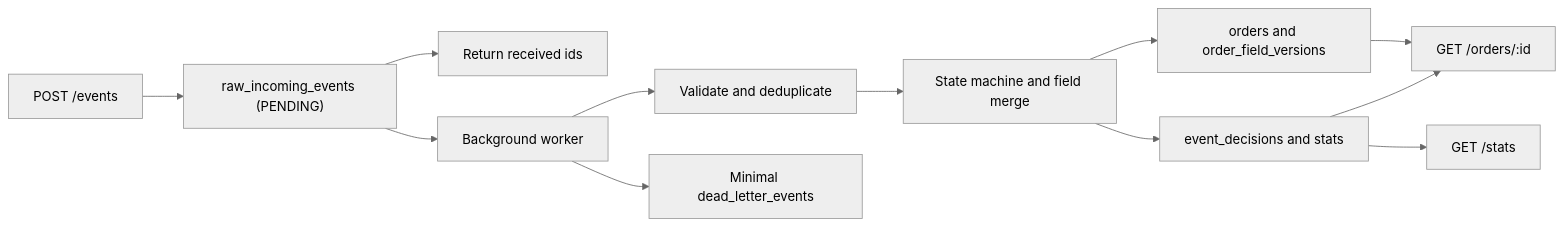
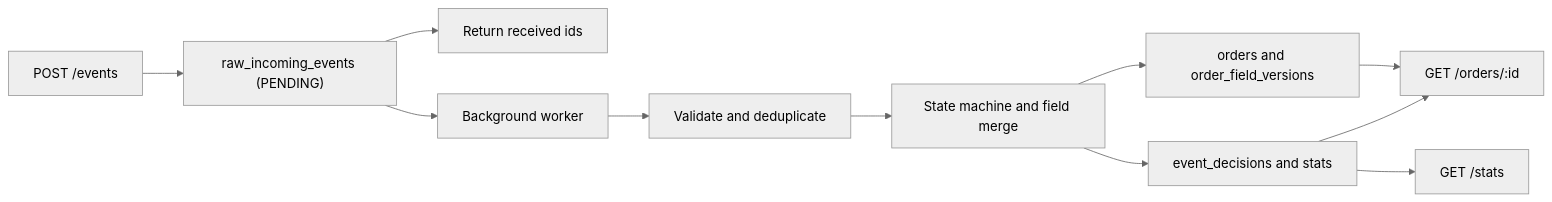
One commit to julianowicka/event-processing-engine changed the diagram in docs/README.md. Above: the diagram before and after it, drawn with Mermaid (neutral theme). The commit also changed other lines of this file and 31 other files, not shown here.

Commit message:
feat: delete Dead Letter queue

````diff
--- a/docs/README.md
+++ b/docs/README.md
@@ -39,14 +38,13 @@
 ```mermaid
 flowchart LR
     A["POST /events"] --> B["raw_incoming_events (PENDING)"]
     B --> C["Return received ids"]
     B --> D["Background worker"]
     D --> E["Validate and deduplicate"]
     E --> F["State machine and field merge"]
     F --> G["orders and order_field_versions"]
     F --> H["event_decisions and stats"]
-    D --> I["Minimal dead_letter_events"]
     G --> J["GET /orders/:id"]
     H --> J
     H --> K["GET /stats"]
 ```
````
